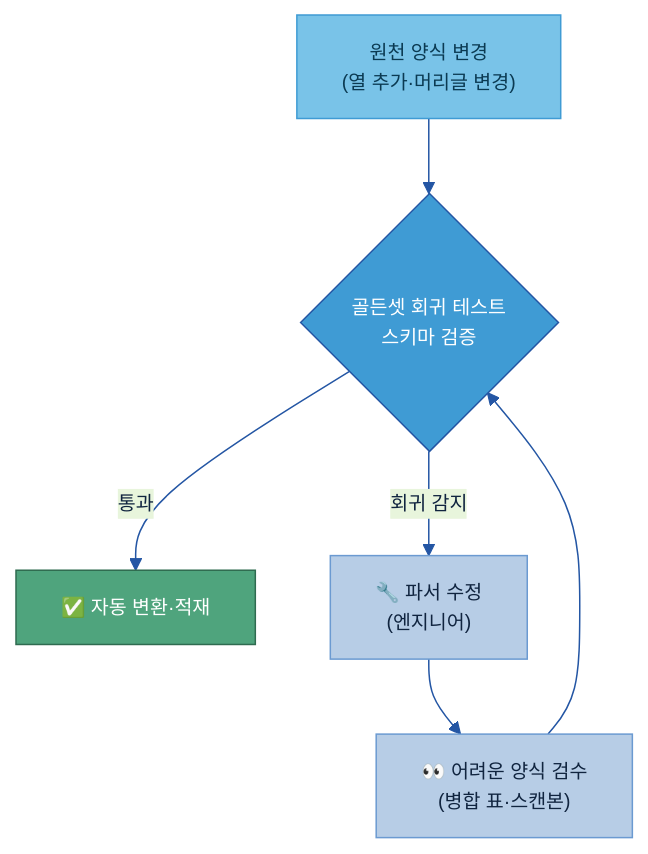
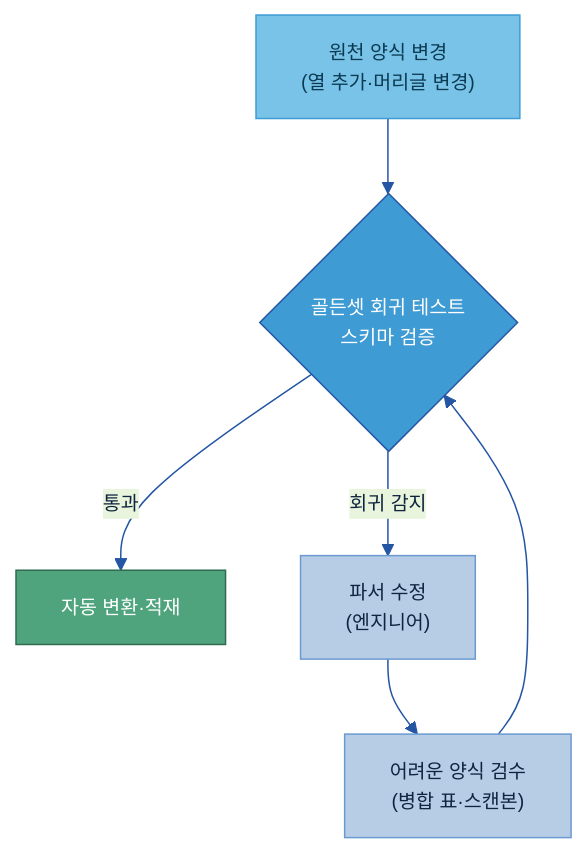
One commit to jin-kearney/ai-ready-data-manual changed the seventh of 9 diagrams in 가이드 작성/B-1 데이터 전처리/B-1 데이터 전처리.md. Above: the diagram before and after it, drawn with Mermaid. The commit also changed other lines of this file and 4 other files, not shown here.

````diff
--- a/가이드 작성/B-1 데이터 전처리/B-1 데이터 전처리.md
+++ b/가이드 작성/B-1 데이터 전처리/B-1 데이터 전처리.md
@@ -685,14 +685,14 @@
 ```mermaid
 %%{init: {'theme':'base','themeVariables':{'primaryColor':'#DCE8F5','primaryBorderColor':'#2456A4','primaryTextColor':'#10243f','lineColor':'#2456A4','fontSize':'13px'}}}%%
 flowchart TB
     CHG["원천 양식 변경<br/>(열 추가·머리글 변경)"]:::src
     CHG --> GS{"골든셋 회귀 테스트<br/>스키마 검증"}:::gate
-    GS -->|통과| AUTO["✅ 자동 변환·적재"]:::loop
-    GS -->|회귀 감지| FIX["🔧 파서 수정<br/>(엔지니어)"]:::n
-    FIX --> REV["👀 어려운 양식 검수<br/>(병합 표·스캔본)"]:::n
+    GS -->|통과| AUTO["자동 변환·적재"]:::loop
+    GS -->|회귀 감지| FIX["파서 수정<br/>(엔지니어)"]:::n
+    FIX --> REV["어려운 양식 검수<br/>(병합 표·스캔본)"]:::n
     REV --> GS
     classDef n fill:#B7CDE6,stroke:#6B9AD1,color:#10243f;
     classDef src fill:#79C3E8,stroke:#3F9BD4,color:#0b3a52;
     classDef gate fill:#3F9BD4,stroke:#2456A4,color:#fff;
     classDef loop fill:#4FA47D,stroke:#2f6b50,color:#fff;
 ```
````
